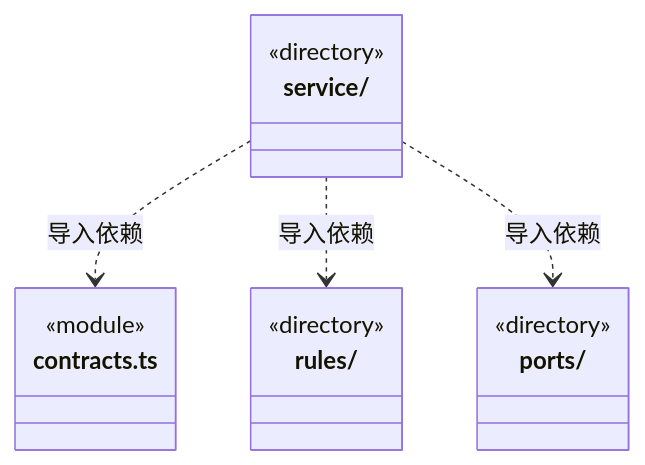
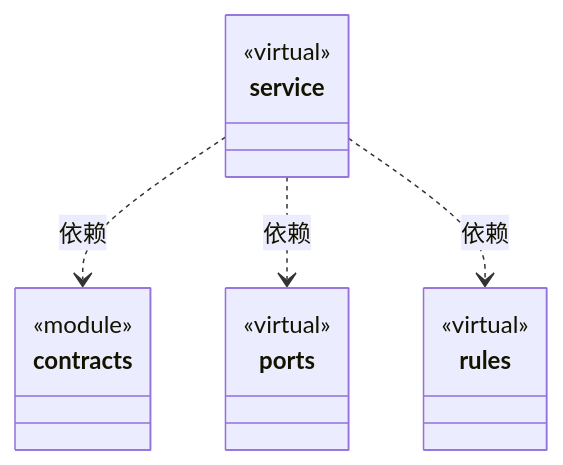
The diagram in src/logic/workspace/ARCHITECTURE.md (nan023062/cbim), drawn with Mermaid before and after one commit. The commit also changed other lines of this file and 158 other files, not shown here.

Commit message:
docs: model architecture through nested virtual encapsulations

````diff
--- a/src/logic/workspace/ARCHITECTURE.md
+++ b/src/logic/workspace/ARCHITECTURE.md
@@ -38,18 +19,22 @@
 ```mermaid
 classDiagram
-class N_src_logic_workspace_ports["ports/"] {
-  <<directory>>
+class N_941388b7bd5c["service"] {
+  <<virtual>>
 }
-class N_src_logic_workspace_rules["rules/"] {
-  <<directory>>
-}
-class N_src_logic_workspace_service["service/"] {
-  <<directory>>
-}
-class N_src_logic_workspace_contracts_ts["contracts.ts"] {
+click N_941388b7bd5c href "service/ARCHITECTURE.md"
+class N_4a1769b4a63b["contracts"] {
   <<module>>
 }
-N_src_logic_workspace_service ..> N_src_logic_workspace_contracts_ts : 导入依赖
-N_src_logic_workspace_service ..> N_src_logic_workspace_rules : 导入依赖
-N_src_logic_workspace_service ..> N_src_logic_workspace_ports : 导入依赖
+click N_4a1769b4a63b href "contracts.ts"
+class N_b1fd73b4e43e["ports"] {
+  <<virtual>>
+}
+click N_b1fd73b4e43e href "ports/ARCHITECTURE.md"
+class N_54c52d7a438d["rules"] {
+  <<virtual>>
+}
+click N_54c52d7a438d href "rules/ARCHITECTURE.md"
+N_941388b7bd5c ..> N_4a1769b4a63b : 依赖
+N_941388b7bd5c ..> N_b1fd73b4e43e : 依赖
+N_941388b7bd5c ..> N_54c52d7a438d : 依赖
 ```
````
